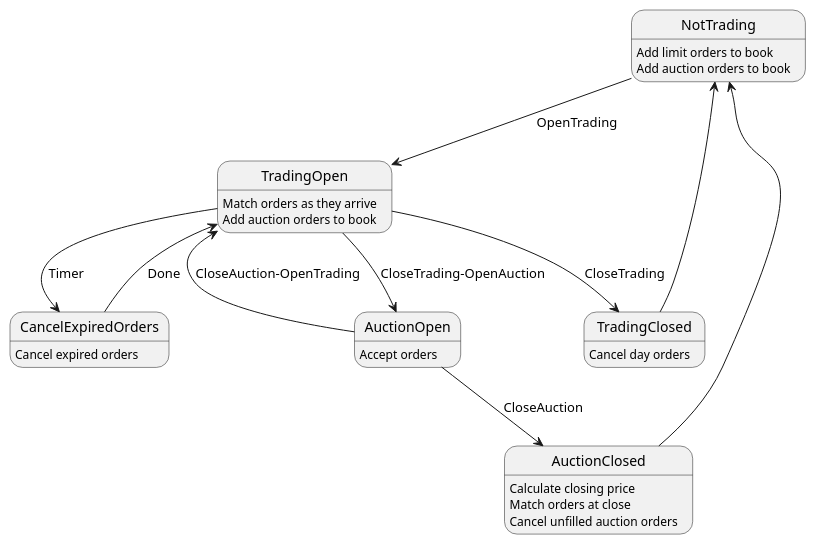
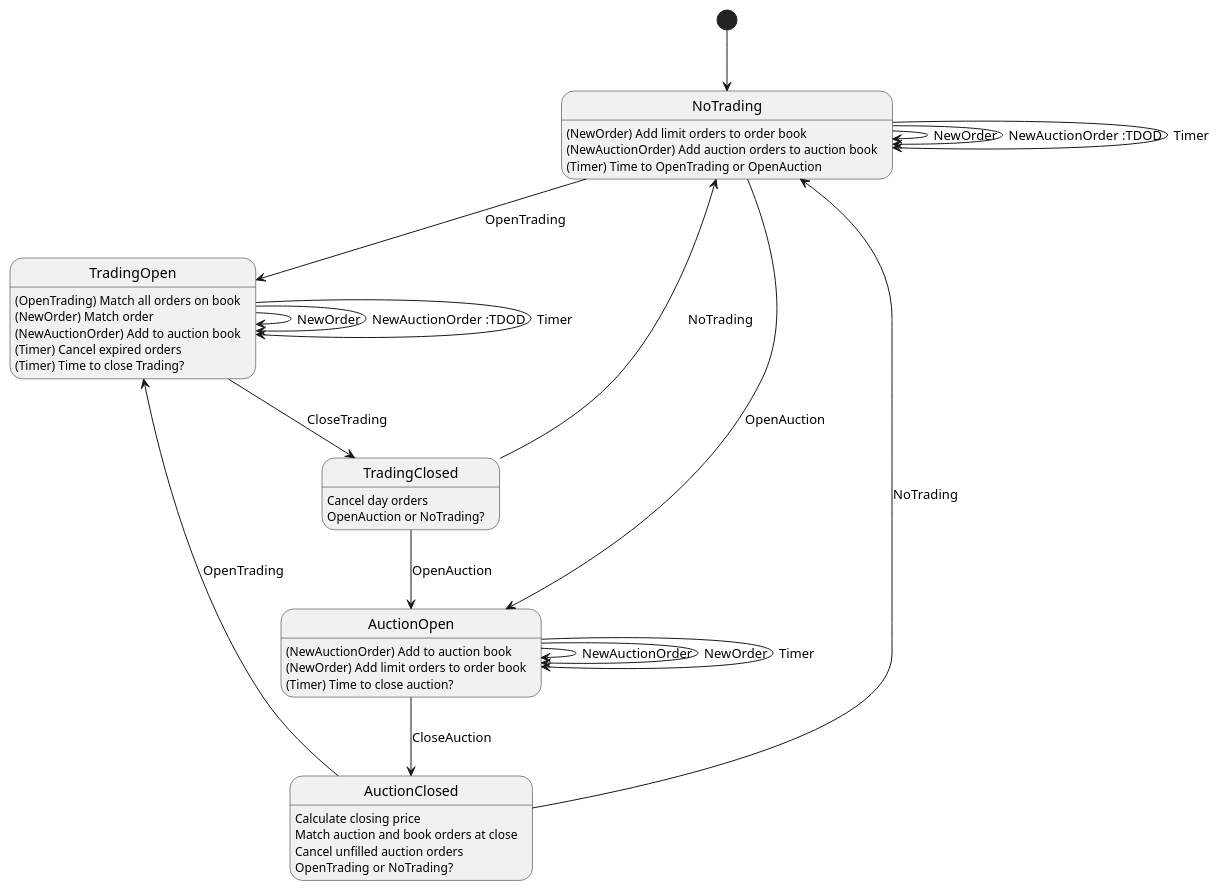
The diagram in doc/OrderBook State.puml (systematicmethods/orderbook), drawn with PlantUML before and after one commit. The commit also changed 6 other files, not shown here.

Commit message:
feat: separate orderbook orders and auction orders

```diff
--- a/doc/OrderBook State.puml
+++ b/doc/OrderBook State.puml
@@ -1,27 +1,42 @@
 @startuml
-NotTrading --> TradingOpen: OpenTrading
-NotTrading: Add limit orders to book
-NotTrading: Add auction orders to book
+[*] --> NoTrading
+NoTrading --> TradingOpen: OpenTrading
+NoTrading --> AuctionOpen: OpenAuction
+NoTrading --> NoTrading: NewOrder
+NoTrading --> NoTrading: NewAuctionOrder :TDOD
+NoTrading --> NoTrading: Timer
+NoTrading: (NewOrder) Add limit orders to order book
+NoTrading: (NewAuctionOrder) Add auction orders to auction book
+NoTrading: (Timer) Time to OpenTrading or OpenAuction
 
+TradingOpen --> TradingOpen: NewOrder
+TradingOpen --> TradingOpen: NewAuctionOrder :TDOD
+TradingOpen --> TradingOpen: Timer
 TradingOpen --> TradingClosed: CloseTrading
-TradingOpen --> AuctionOpen: CloseTrading-OpenAuction
-TradingOpen --> CancelExpiredOrders: Timer
-TradingOpen: Match orders as they arrive
-TradingOpen: Add auction orders to book
-
-CancelExpiredOrders --> TradingOpen: Done
-CancelExpiredOrders: Cancel expired orders
+TradingOpen: (OpenTrading) Match all orders on book
+TradingOpen: (NewOrder) Match order
+TradingOpen: (NewAuctionOrder) Add to auction book
+TradingOpen: (Timer) Cancel expired orders
+TradingOpen: (Timer) Time to close Trading?
 
 AuctionOpen --> AuctionClosed: CloseAuction
-AuctionOpen --> TradingOpen: CloseAuction-OpenTrading
-AuctionOpen: Accept orders
+AuctionOpen --> AuctionOpen: NewAuctionOrder
+AuctionOpen --> AuctionOpen: NewOrder
+AuctionOpen --> AuctionOpen: Timer
+AuctionOpen: (NewAuctionOrder) Add to auction book
+AuctionOpen: (NewOrder) Add limit orders to order book
+AuctionOpen: (Timer) Time to close auction?
 
-AuctionClosed --> NotTrading
+AuctionClosed --> NoTrading: NoTrading
+AuctionClosed --> TradingOpen: OpenTrading
 AuctionClosed: Calculate closing price
-AuctionClosed: Match orders at close
+AuctionClosed: Match auction and book orders at close
 AuctionClosed: Cancel unfilled auction orders
+AuctionClosed: OpenTrading or NoTrading?
 
-TradingClosed --> NotTrading
+TradingClosed --> NoTrading: NoTrading
+TradingClosed --> AuctionOpen: OpenAuction
 TradingClosed: Cancel day orders
+TradingClosed: OpenAuction or NoTrading?
 
 @enduml
```
